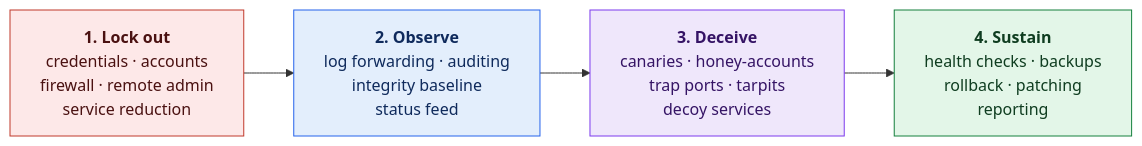
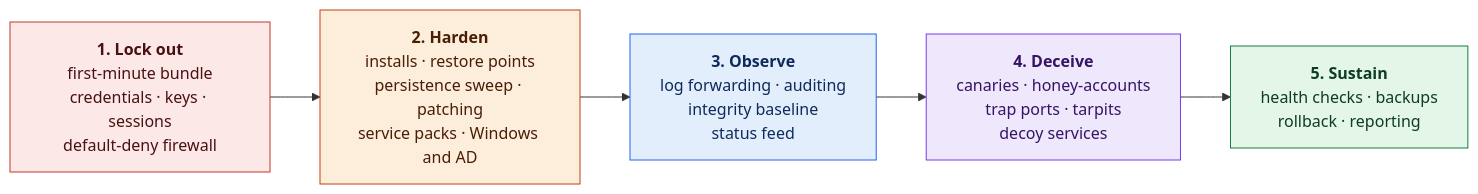
Before and after one commit to dotnetdork/Labyrinth: the first of 3 diagrams in docs/design/00-Module-Contract-and-Layout.md, drawn with Mermaid. The commit also changed other lines of this file and 33 other files, not shown here.

````diff
--- a/docs/design/00-Module-Contract-and-Layout.md
+++ b/docs/design/00-Module-Contract-and-Layout.md
@@ -18,16 +19,19 @@
 ```mermaid
 flowchart LR
-    L["<b>1. Lock out</b><br/>credentials · accounts<br/>firewall · remote admin<br/>service reduction"]
-    O["<b>2. Observe</b><br/>log forwarding · auditing<br/>integrity baseline<br/>status feed"]
-    D["<b>3. Deceive</b><br/>canaries · honey-accounts<br/>trap ports · tarpits<br/>decoy services"]
-    S["<b>4. Sustain</b><br/>health checks · backups<br/>rollback · patching<br/>reporting"]
-    L --> O --> D --> S
+    L["<b>1. Lock out</b><br/>first-minute bundle<br/>credentials · keys · sessions<br/>default-deny firewall"]
+    H["<b>2. Harden</b><br/>installs · restore points<br/>persistence sweep · patching<br/>service packs · Windows and AD"]
+    O["<b>3. Observe</b><br/>log forwarding · auditing<br/>integrity baseline<br/>status feed"]
+    D["<b>4. Deceive</b><br/>canaries · honey-accounts<br/>trap ports · tarpits<br/>decoy services"]
+    S["<b>5. Sustain</b><br/>health checks · backups<br/>rollback · reporting"]
+    L --> H --> O --> D --> S
     classDef lockout fill:#fde8e8,stroke:#c0392b,color:#4a1111
+    classDef harden fill:#fdeedc,stroke:#c2410c,color:#4a1d06
     classDef observe fill:#e3eefc,stroke:#2563eb,color:#0f2a5c
     classDef deceive fill:#efe7fb,stroke:#7c3aed,color:#351465
     classDef sustain fill:#e3f6e8,stroke:#15803d,color:#0f3d20
     class L lockout
+    class H harden
     class O observe
     class D deceive
     class S sustain
 ```
````
